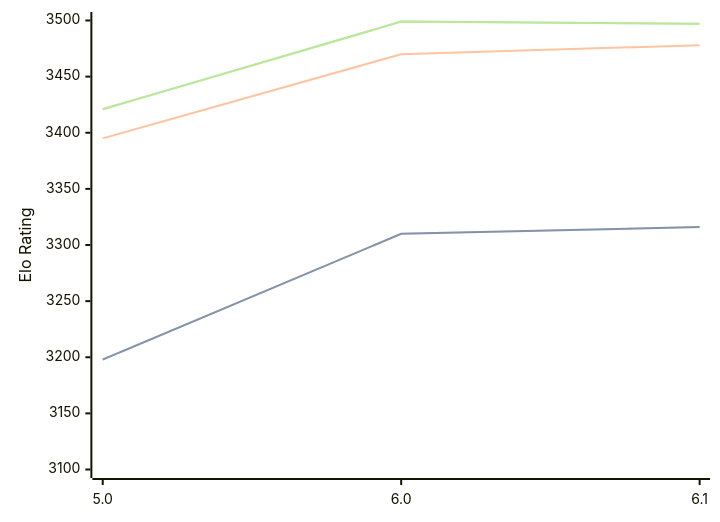
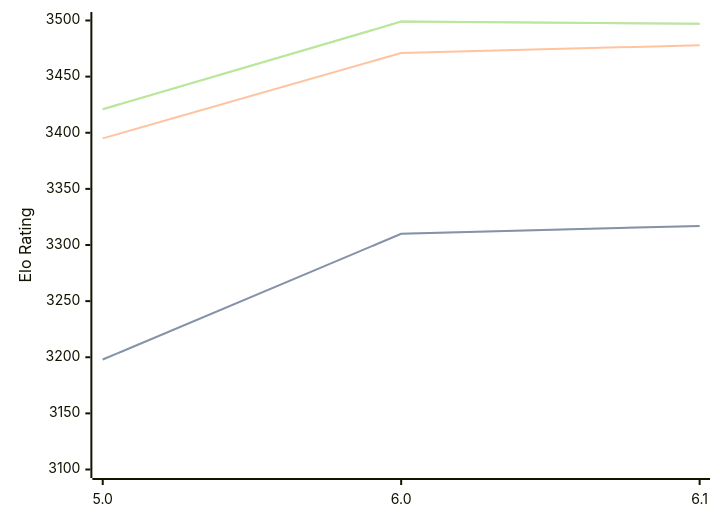
Before and after one commit to computer-chess-index/cci: the diagram in engines/Starzix.md, drawn with Mermaid. The commit also changed other lines of this file, not shown here.

````diff
--- a/engines/Starzix.md
+++ b/engines/Starzix.md
@@ -37,11 +37,11 @@
 ```mermaid
 %%{init: {"theme":"base","themeVariables":{"seriesColors:['#a3a3a3','#222221','#faa371']}}}%%
 xychart-beta
   x-axis ["5.0", "6.0", "6.1"]
   y-axis "Elo Rating" 3100 --> 3500
-  line "STC (8.0+0.08s)" [3198, 3310, 3316]
-  line "STC (8.0+0.08s)" [3198, 3310, 3316]
-  line "LTC (60.0+0.60s)" [3395, 3470, 3478]
+  line "STC (8.0+0.08s)" [3198, 3310, 3317]
+  line "STC (8.0+0.08s)" [3198, 3310, 3317]
+  line "LTC (60.0+0.60s)" [3395, 3471, 3478]
   line "VLTC (2m24s+1.12s)" [3421, 3499, 3497]
   line "VLTC (2m24s+1.12s)" [3421, 3499, 3497]
 ```
````
